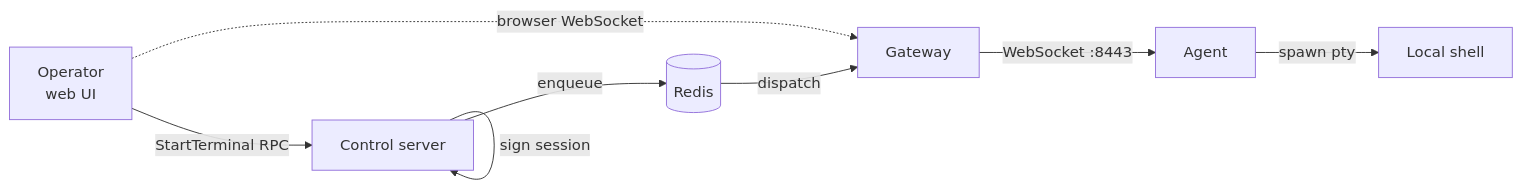
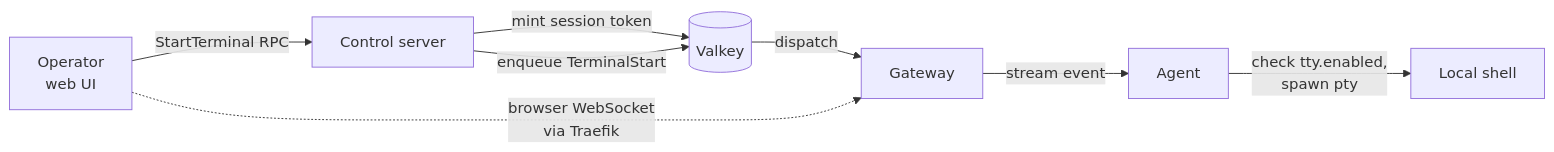
Before and after one commit to manchtools/power-manage-docs: the diagram in content/04-security/04-terminal-access.md, drawn with Mermaid. The commit also changed other lines of this file and 57 other files, not shown here.

````diff
--- a/content/04-security/04-terminal-access.md
+++ b/content/04-security/04-terminal-access.md
@@ -32,10 +38,10 @@
 ```mermaid
 flowchart LR
     Operator[Operator<br/>web UI] -->|StartTerminal RPC| Control[Control server]
-    Control -->|sign session| Control
-    Control -->|enqueue| Redis[(Redis)]
-    Redis -->|dispatch| Gateway[Gateway]
-    Gateway -->|WebSocket :8443| Agent[Agent]
-    Agent -->|spawn pty| Shell[Local shell]
-    Operator -.->|browser WebSocket| Gateway
+    Control -->|mint session token| Valkey[(Valkey)]
+    Control -->|enqueue TerminalStart| Valkey
+    Valkey -->|dispatch| Gateway[Gateway]
+    Gateway -->|stream event| Agent[Agent]
+    Agent -->|check tty.enabled,<br/>spawn pty| Shell[Local shell]
+    Operator -.->|browser WebSocket<br/>via Traefik| Gateway
 ```
````
